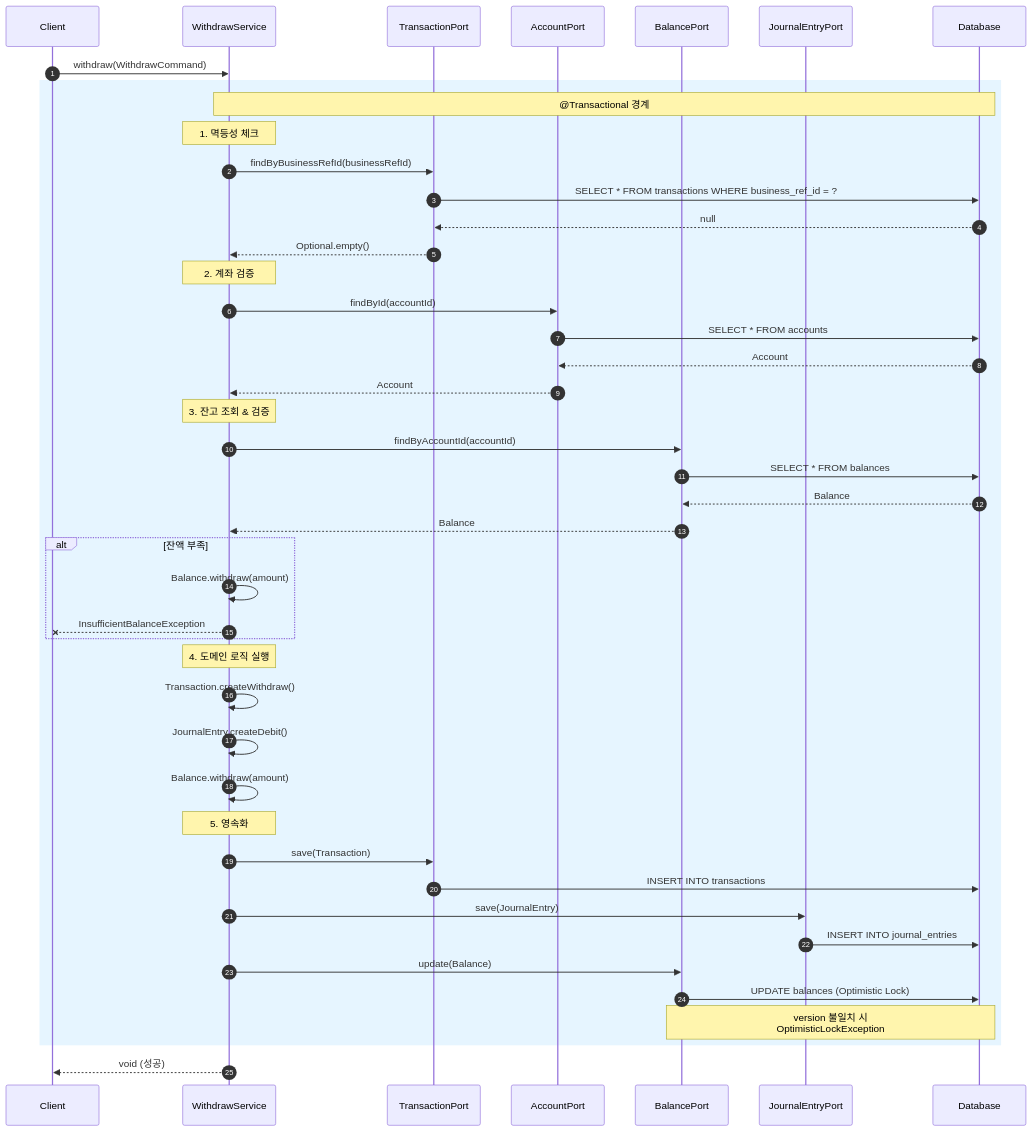
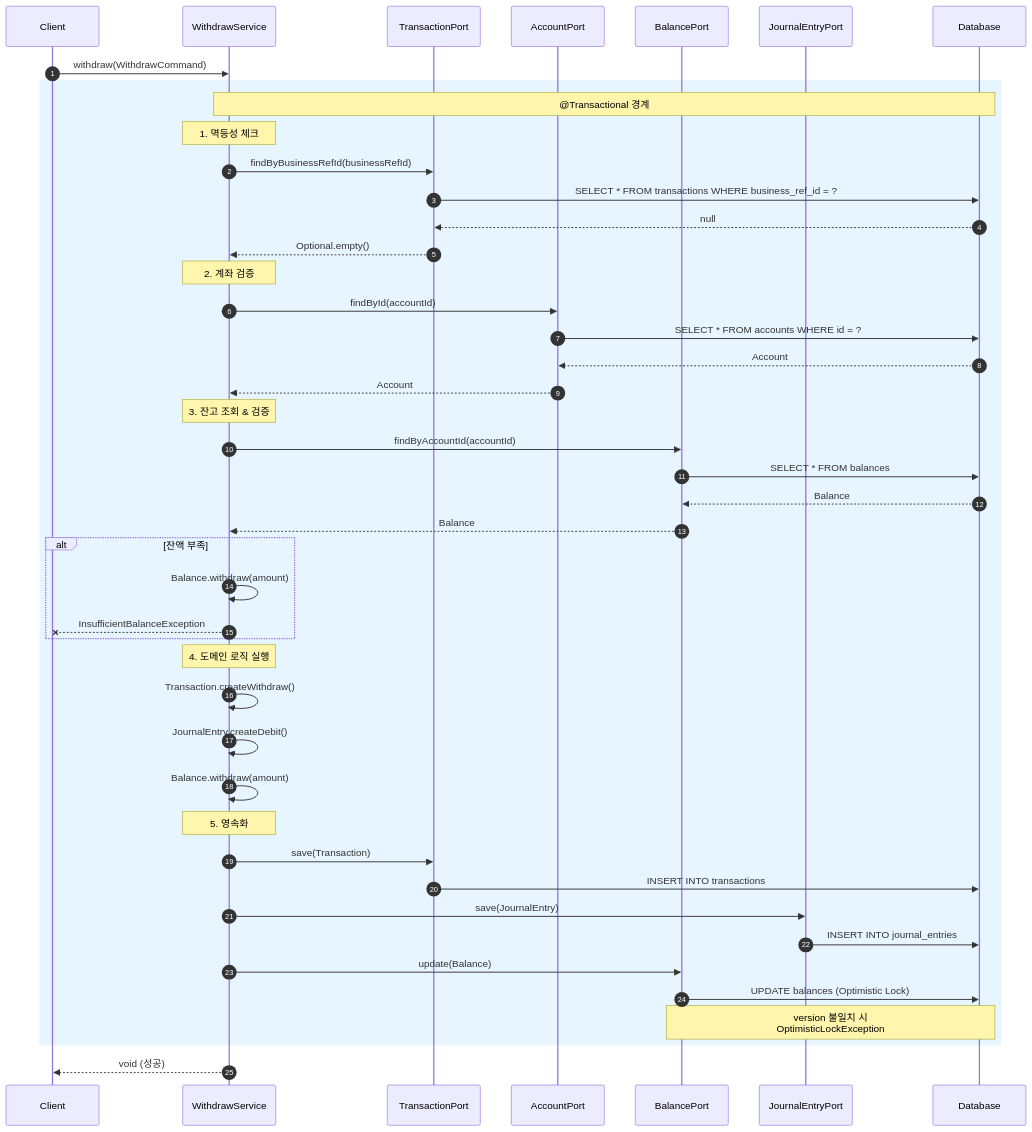
The second of 2 diagrams in docs/diagrams/deposit-sequence.md (dding94/kuku-Securities), drawn with Mermaid before and after one commit.

````diff
--- a/docs/diagrams/deposit-sequence.md
+++ b/docs/diagrams/deposit-sequence.md
@@ -73,60 +73,60 @@
 ```mermaid
 sequenceDiagram
     autonumber
     participant C as Client
     participant S as WithdrawService
     participant TP as TransactionPort
     participant AP as AccountPort
     participant BP as BalancePort
     participant JP as JournalEntryPort
     participant DB as Database
 
     C->>S: withdraw(WithdrawCommand)
     
     rect rgb(230, 245, 255)
     Note over S,DB: @Transactional 경계
     
     Note over S: 1. 멱등성 체크
     S->>TP: findByBusinessRefId(businessRefId)
     TP->>DB: SELECT * FROM transactions WHERE business_ref_id = ?
     DB-->>TP: null
     TP-->>S: Optional.empty()
 
     Note over S: 2. 계좌 검증
     S->>AP: findById(accountId)
-    AP->>DB: SELECT * FROM accounts
+    AP->>DB: SELECT * FROM accounts WHERE id = ?
     DB-->>AP: Account
     AP-->>S: Account
 
     Note over S: 3. 잔고 조회 & 검증
     S->>BP: findByAccountId(accountId)
     BP->>DB: SELECT * FROM balances
     DB-->>BP: Balance
     BP-->>S: Balance
 
     alt 잔액 부족
         S->>S: Balance.withdraw(amount)
         S--xC: InsufficientBalanceException
     end
 
     Note over S: 4. 도메인 로직 실행
     S->>S: Transaction.createWithdraw()
     S->>S: JournalEntry.createDebit()
     S->>S: Balance.withdraw(amount)
 
     Note over S: 5. 영속화
     S->>TP: save(Transaction)
     TP->>DB: INSERT INTO transactions
     
     S->>JP: save(JournalEntry)
     JP->>DB: INSERT INTO journal_entries
     
     S->>BP: update(Balance)
     BP->>DB: UPDATE balances (Optimistic Lock)
     
     Note over BP,DB: version 불일치 시<br/>OptimisticLockException
     
     end
 
     S-->>C: void (성공)
 ```
````
